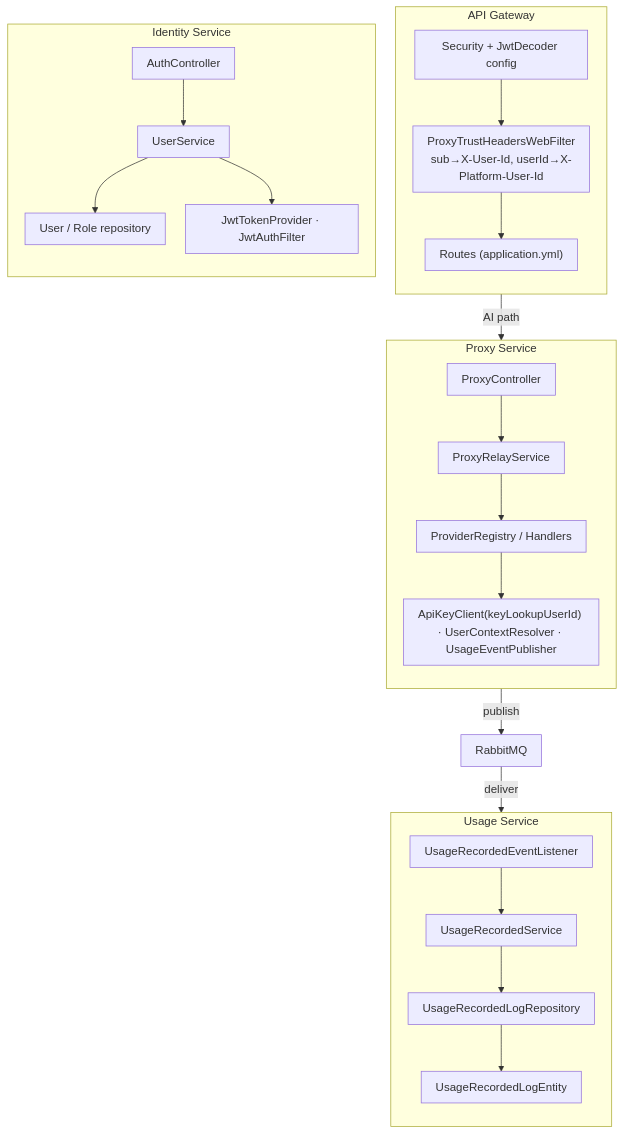
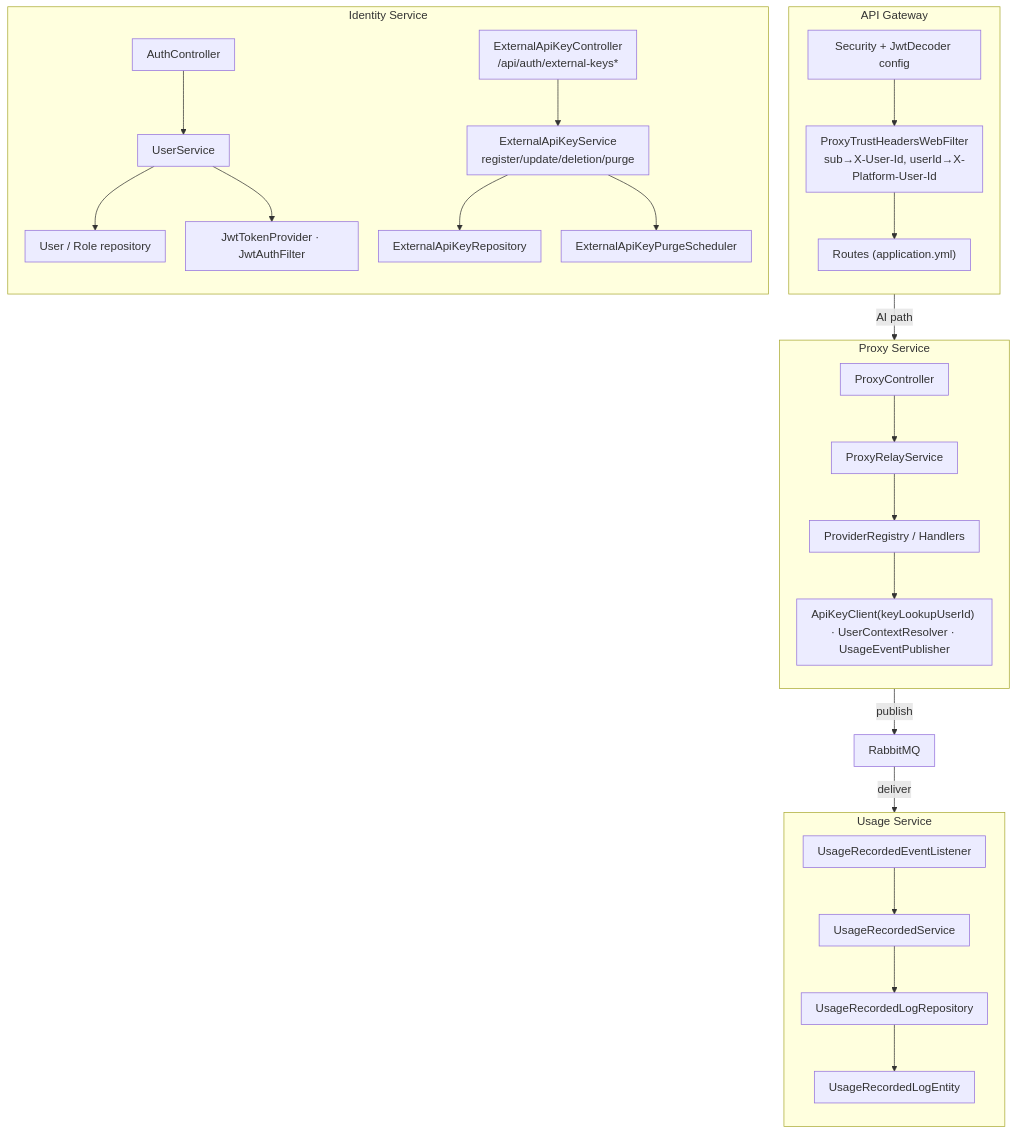
The third of 11 diagrams in docs/c4-architecture-diagrams.md (Zero-Bug-Freinds/ai-api-usage-monitor), drawn with Mermaid before and after one commit. The commit also changed other lines of this file and 1 other file, not shown here.

First line of the commit message:
[docs] C4 다이어그램과 KST 표시 반영

````diff
--- a/docs/c4-architecture-diagrams.md
+++ b/docs/c4-architecture-diagrams.md
@@ -113,45 +121,51 @@
 ```mermaid
 %%{init: {'flowchart': {'htmlLabels': true, 'nodeSpacing': 28, 'rankSpacing': 40, 'padding': 10}}}%%
 flowchart TB
   subgraph GW["API Gateway"]
     direction TB
     gwSec["Security + JwtDecoder config"]
     gwFilter["ProxyTrustHeadersWebFilter<br/>sub→X-User-Id, userId→X-Platform-User-Id"]
     gwRoute["Routes (application.yml)"]
     gwSec --> gwFilter --> gwRoute
   end
 
   subgraph PX["Proxy Service"]
     direction TB
     pxCtl["ProxyController"]
     pxRelay["ProxyRelayService"]
     pxReg["ProviderRegistry / Handlers"]
     pxRow["ApiKeyClient(keyLookupUserId) · UserContextResolver · UsageEventPublisher"]
     pxCtl --> pxRelay --> pxReg --> pxRow
   end
 
   RABBIT["RabbitMQ"]
 
   subgraph US["Usage Service"]
     direction TB
     usListener["UsageRecordedEventListener"]
     usSvc["UsageRecordedService"]
     usRepo["UsageRecordedLogRepository"]
     usEntity["UsageRecordedLogEntity"]
     usListener --> usSvc --> usRepo --> usEntity
   end
 
   subgraph ID["Identity Service"]
     direction TB
     idCtl["AuthController"]
+    idExtCtl["ExternalApiKeyController<br/>/api/auth/external-keys*"]
     idSvc["UserService"]
+    idExtSvc["ExternalApiKeyService<br/>register/update/deletion/purge"]
     idRepo["User / Role repository"]
+    idExtRepo["ExternalApiKeyRepository"]
     idJwt["JwtTokenProvider · JwtAuthFilter"]
+    idPurge["ExternalApiKeyPurgeScheduler"]
     idCtl --> idSvc --> idRepo
+    idExtCtl --> idExtSvc --> idExtRepo
+    idExtSvc --> idPurge
     idSvc --> idJwt
   end
 
   GW -->|AI path| PX
   PX -->|publish| RABBIT
   RABBIT -->|deliver| US
 ```
````
